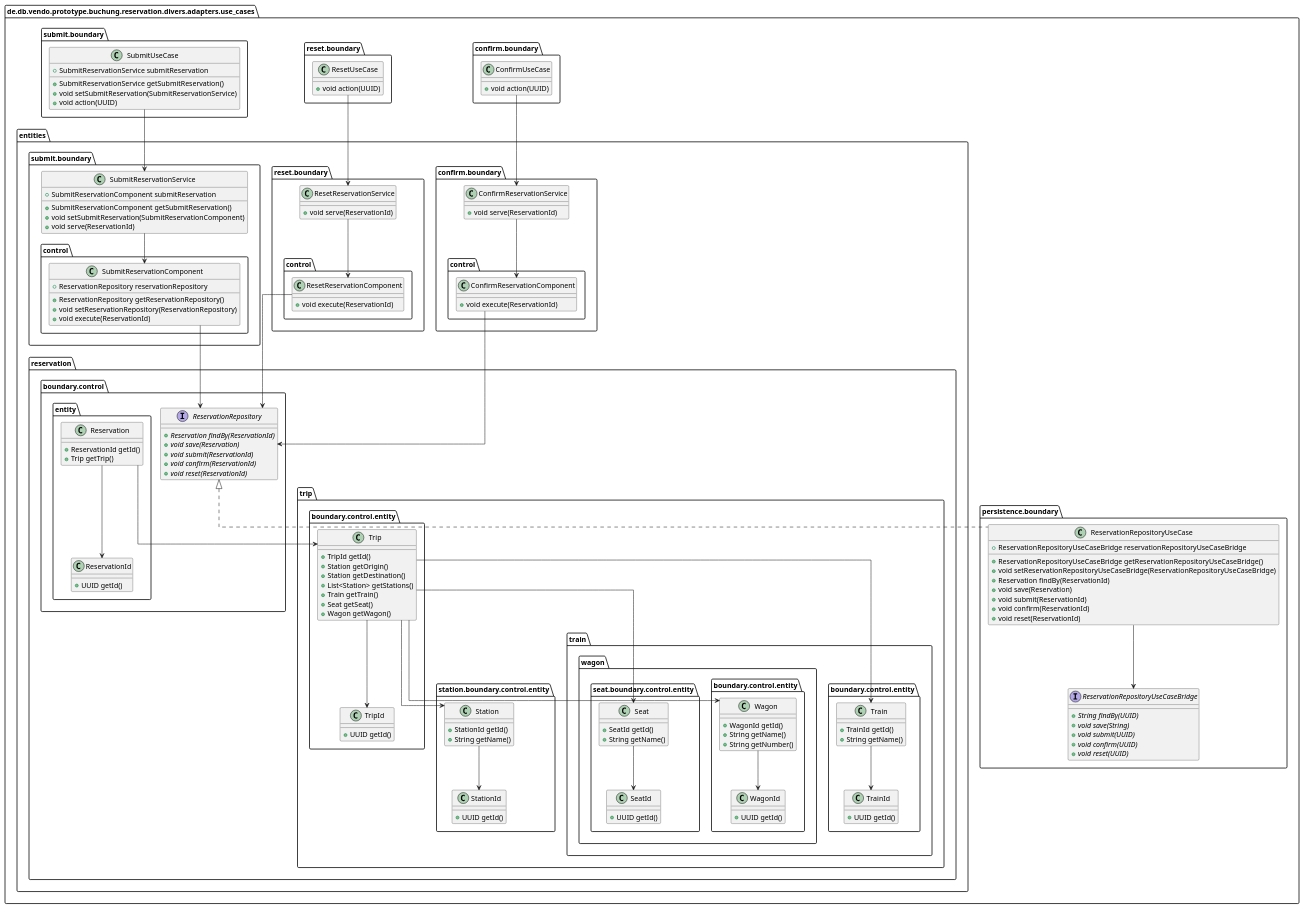
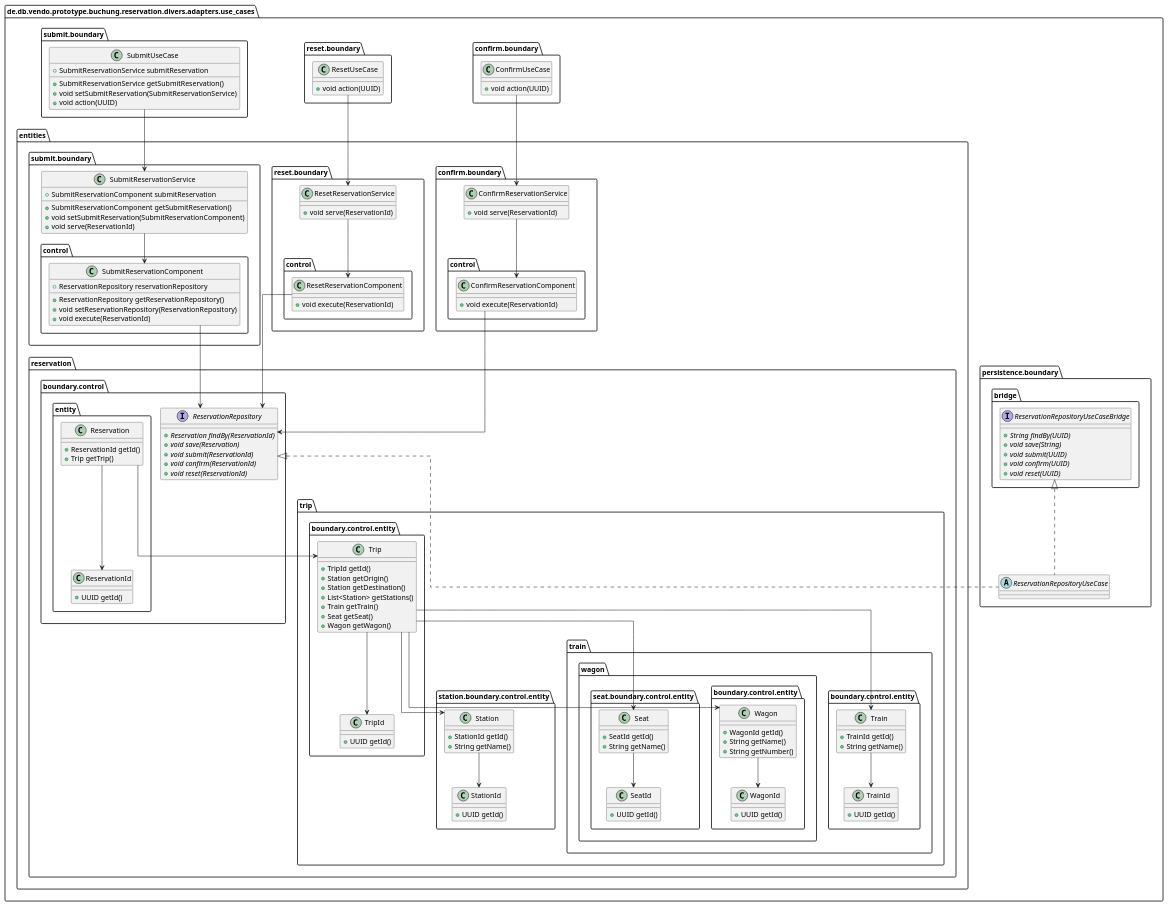
Before and after one commit to punkratz312/reservation-proto: the diagram in doc/uml/puml/use_cases.puml, drawn with PlantUML. The commit also changed 10 other files, not shown here.

```diff
--- a/doc/uml/puml/use_cases.puml
+++ b/doc/uml/puml/use_cases.puml
@@ -1,140 +1,131 @@
 @startuml
 !pragma useIntermediatePackages false
 skinparam linetype ortho
 show stereotype
 
 class "ConfirmUseCase" as de.db.vendo.prototype.buchung.reservation.divers.adapters.use_cases.confirm.boundary.ConfirmUseCase {
   +void action(UUID)
 }
 class "ConfirmReservationService" as de.db.vendo.prototype.buchung.reservation.divers.adapters.use_cases.entities.confirm.boundary.ConfirmReservationService {
   +void serve(ReservationId)
 }
 class "ConfirmReservationComponent" as de.db.vendo.prototype.buchung.reservation.divers.adapters.use_cases.entities.confirm.boundary.control.ConfirmReservationComponent {
   +void execute(ReservationId)
 }
 interface "ReservationRepository" as de.db.vendo.prototype.buchung.reservation.divers.adapters.use_cases.entities.reservation.boundary.control.ReservationRepository {
   + {abstract}Reservation findBy(ReservationId)
   + {abstract}void save(Reservation)
   + {abstract}void submit(ReservationId)
   + {abstract}void confirm(ReservationId)
   + {abstract}void reset(ReservationId)
 }
 class "Reservation" as de.db.vendo.prototype.buchung.reservation.divers.adapters.use_cases.entities.reservation.boundary.control.entity.Reservation {
   +ReservationId getId()
   +Trip getTrip()
 }
 class "ReservationId" as de.db.vendo.prototype.buchung.reservation.divers.adapters.use_cases.entities.reservation.boundary.control.entity.ReservationId {
   +UUID getId()
 }
 class "Trip" as de.db.vendo.prototype.buchung.reservation.divers.adapters.use_cases.entities.reservation.trip.boundary.control.entity.Trip {
   +TripId getId()
   +Station getOrigin()
   +Station getDestination()
   +List<Station> getStations()
   +Train getTrain()
   +Seat getSeat()
   +Wagon getWagon()
 }
 class "TripId" as de.db.vendo.prototype.buchung.reservation.divers.adapters.use_cases.entities.reservation.trip.boundary.control.entity.TripId {
   +UUID getId()
 }
 class "Station" as de.db.vendo.prototype.buchung.reservation.divers.adapters.use_cases.entities.reservation.trip.station.boundary.control.entity.Station {
   +StationId getId()
   +String getName()
 }
 class "StationId" as de.db.vendo.prototype.buchung.reservation.divers.adapters.use_cases.entities.reservation.trip.station.boundary.control.entity.StationId {
   +UUID getId()
 }
 class "Train" as de.db.vendo.prototype.buchung.reservation.divers.adapters.use_cases.entities.reservation.trip.train.boundary.control.entity.Train {
   +TrainId getId()
   +String getName()
 }
 class "TrainId" as de.db.vendo.prototype.buchung.reservation.divers.adapters.use_cases.entities.reservation.trip.train.boundary.control.entity.TrainId {
   +UUID getId()
 }
 class "Wagon" as de.db.vendo.prototype.buchung.reservation.divers.adapters.use_cases.entities.reservation.trip.train.wagon.boundary.control.entity.Wagon {
   +WagonId getId()
   +String getName()
   +String getNumber()
 }
 class "WagonId" as de.db.vendo.prototype.buchung.reservation.divers.adapters.use_cases.entities.reservation.trip.train.wagon.boundary.control.entity.WagonId {
   +UUID getId()
 }
 class "Seat" as de.db.vendo.prototype.buchung.reservation.divers.adapters.use_cases.entities.reservation.trip.train.wagon.seat.boundary.control.entity.Seat {
   +SeatId getId()
   +String getName()
 }
 class "SeatId" as de.db.vendo.prototype.buchung.reservation.divers.adapters.use_cases.entities.reservation.trip.train.wagon.seat.boundary.control.entity.SeatId {
   +UUID getId()
 }
 class "ResetReservationService" as de.db.vendo.prototype.buchung.reservation.divers.adapters.use_cases.entities.reset.boundary.ResetReservationService {
   +void serve(ReservationId)
 }
 class "ResetReservationComponent" as de.db.vendo.prototype.buchung.reservation.divers.adapters.use_cases.entities.reset.boundary.control.ResetReservationComponent {
   +void execute(ReservationId)
 }
 class "SubmitReservationService" as de.db.vendo.prototype.buchung.reservation.divers.adapters.use_cases.entities.submit.boundary.SubmitReservationService {
   +SubmitReservationComponent submitReservation
   __
   +SubmitReservationComponent getSubmitReservation()
   +void setSubmitReservation(SubmitReservationComponent)
   +void serve(ReservationId)
 }
 class "SubmitReservationComponent" as de.db.vendo.prototype.buchung.reservation.divers.adapters.use_cases.entities.submit.boundary.control.SubmitReservationComponent {
   +ReservationRepository reservationRepository
   __
   +ReservationRepository getReservationRepository()
   +void setReservationRepository(ReservationRepository)
   +void execute(ReservationId)
 }
-class "ReservationRepositoryUseCase" as de.db.vendo.prototype.buchung.reservation.divers.adapters.use_cases.persistence.boundary.ReservationRepositoryUseCase {
-  +ReservationRepositoryUseCaseBridge reservationRepositoryUseCaseBridge
-  __
-  +ReservationRepositoryUseCaseBridge getReservationRepositoryUseCaseBridge()
-  +void setReservationRepositoryUseCaseBridge(ReservationRepositoryUseCaseBridge)
-  +Reservation findBy(ReservationId)
-  +void save(Reservation)
-  +void submit(ReservationId)
-  +void confirm(ReservationId)
-  +void reset(ReservationId)
+abstract class "ReservationRepositoryUseCase" as de.db.vendo.prototype.buchung.reservation.divers.adapters.use_cases.persistence.boundary.ReservationRepositoryUseCase {
 }
-interface "ReservationRepositoryUseCaseBridge" as de.db.vendo.prototype.buchung.reservation.divers.adapters.use_cases.persistence.boundary.ReservationRepositoryUseCaseBridge {
+interface "ReservationRepositoryUseCaseBridge" as de.db.vendo.prototype.buchung.reservation.divers.adapters.use_cases.persistence.boundary.bridge.ReservationRepositoryUseCaseBridge {
   + {abstract}String findBy(UUID)
   + {abstract}void save(String)
   + {abstract}void submit(UUID)
   + {abstract}void confirm(UUID)
   + {abstract}void reset(UUID)
 }
 class "ResetUseCase" as de.db.vendo.prototype.buchung.reservation.divers.adapters.use_cases.reset.boundary.ResetUseCase {
   +void action(UUID)
 }
 class "SubmitUseCase" as de.db.vendo.prototype.buchung.reservation.divers.adapters.use_cases.submit.boundary.SubmitUseCase {
   +SubmitReservationService submitReservation
   __
   +SubmitReservationService getSubmitReservation()
   +void setSubmitReservation(SubmitReservationService)
   +void action(UUID)
 }
 de.db.vendo.prototype.buchung.reservation.divers.adapters.use_cases.confirm.boundary.ConfirmUseCase --> de.db.vendo.prototype.buchung.reservation.divers.adapters.use_cases.entities.confirm.boundary.ConfirmReservationService
 de.db.vendo.prototype.buchung.reservation.divers.adapters.use_cases.entities.confirm.boundary.ConfirmReservationService --> de.db.vendo.prototype.buchung.reservation.divers.adapters.use_cases.entities.confirm.boundary.control.ConfirmReservationComponent
 de.db.vendo.prototype.buchung.reservation.divers.adapters.use_cases.entities.confirm.boundary.control.ConfirmReservationComponent --> de.db.vendo.prototype.buchung.reservation.divers.adapters.use_cases.entities.reservation.boundary.control.ReservationRepository
 de.db.vendo.prototype.buchung.reservation.divers.adapters.use_cases.entities.reservation.boundary.control.entity.Reservation --> de.db.vendo.prototype.buchung.reservation.divers.adapters.use_cases.entities.reservation.trip.boundary.control.entity.Trip
 de.db.vendo.prototype.buchung.reservation.divers.adapters.use_cases.entities.reservation.boundary.control.entity.Reservation --> de.db.vendo.prototype.buchung.reservation.divers.adapters.use_cases.entities.reservation.boundary.control.entity.ReservationId
 de.db.vendo.prototype.buchung.reservation.divers.adapters.use_cases.entities.reservation.trip.boundary.control.entity.Trip --> de.db.vendo.prototype.buchung.reservation.divers.adapters.use_cases.entities.reservation.trip.boundary.control.entity.TripId
 de.db.vendo.prototype.buchung.reservation.divers.adapters.use_cases.entities.reservation.trip.boundary.control.entity.Trip --> de.db.vendo.prototype.buchung.reservation.divers.adapters.use_cases.entities.reservation.trip.station.boundary.control.entity.Station
 de.db.vendo.prototype.buchung.reservation.divers.adapters.use_cases.entities.reservation.trip.boundary.control.entity.Trip --> de.db.vendo.prototype.buchung.reservation.divers.adapters.use_cases.entities.reservation.trip.train.wagon.seat.boundary.control.entity.Seat
 de.db.vendo.prototype.buchung.reservation.divers.adapters.use_cases.entities.reservation.trip.boundary.control.entity.Trip --> de.db.vendo.prototype.buchung.reservation.divers.adapters.use_cases.entities.reservation.trip.train.boundary.control.entity.Train
 de.db.vendo.prototype.buchung.reservation.divers.adapters.use_cases.entities.reservation.trip.boundary.control.entity.Trip --> de.db.vendo.prototype.buchung.reservation.divers.adapters.use_cases.entities.reservation.trip.train.wagon.boundary.control.entity.Wagon
 de.db.vendo.prototype.buchung.reservation.divers.adapters.use_cases.entities.reservation.trip.station.boundary.control.entity.Station --> de.db.vendo.prototype.buchung.reservation.divers.adapters.use_cases.entities.reservation.trip.station.boundary.control.entity.StationId
 de.db.vendo.prototype.buchung.reservation.divers.adapters.use_cases.entities.reservation.trip.train.boundary.control.entity.Train --> de.db.vendo.prototype.buchung.reservation.divers.adapters.use_cases.entities.reservation.trip.train.boundary.control.entity.TrainId
 de.db.vendo.prototype.buchung.reservation.divers.adapters.use_cases.entities.reservation.trip.train.wagon.boundary.control.entity.Wagon --> de.db.vendo.prototype.buchung.reservation.divers.adapters.use_cases.entities.reservation.trip.train.wagon.boundary.control.entity.WagonId
 de.db.vendo.prototype.buchung.reservation.divers.adapters.use_cases.entities.reservation.trip.train.wagon.seat.boundary.control.entity.Seat --> de.db.vendo.prototype.buchung.reservation.divers.adapters.use_cases.entities.reservation.trip.train.wagon.seat.boundary.control.entity.SeatId
 de.db.vendo.prototype.buchung.reservation.divers.adapters.use_cases.entities.reset.boundary.ResetReservationService --> de.db.vendo.prototype.buchung.reservation.divers.adapters.use_cases.entities.reset.boundary.control.ResetReservationComponent
 de.db.vendo.prototype.buchung.reservation.divers.adapters.use_cases.entities.reset.boundary.control.ResetReservationComponent --> de.db.vendo.prototype.buchung.reservation.divers.adapters.use_cases.entities.reservation.boundary.control.ReservationRepository
 de.db.vendo.prototype.buchung.reservation.divers.adapters.use_cases.entities.submit.boundary.SubmitReservationService --> de.db.vendo.prototype.buchung.reservation.divers.adapters.use_cases.entities.submit.boundary.control.SubmitReservationComponent
 de.db.vendo.prototype.buchung.reservation.divers.adapters.use_cases.entities.submit.boundary.control.SubmitReservationComponent --> de.db.vendo.prototype.buchung.reservation.divers.adapters.use_cases.entities.reservation.boundary.control.ReservationRepository
 de.db.vendo.prototype.buchung.reservation.divers.adapters.use_cases.persistence.boundary.ReservationRepositoryUseCase .u.|> de.db.vendo.prototype.buchung.reservation.divers.adapters.use_cases.entities.reservation.boundary.control.ReservationRepository
-de.db.vendo.prototype.buchung.reservation.divers.adapters.use_cases.persistence.boundary.ReservationRepositoryUseCase --> de.db.vendo.prototype.buchung.reservation.divers.adapters.use_cases.persistence.boundary.ReservationRepositoryUseCaseBridge
+de.db.vendo.prototype.buchung.reservation.divers.adapters.use_cases.persistence.boundary.ReservationRepositoryUseCase .u.|> de.db.vendo.prototype.buchung.reservation.divers.adapters.use_cases.persistence.boundary.bridge.ReservationRepositoryUseCaseBridge
 de.db.vendo.prototype.buchung.reservation.divers.adapters.use_cases.reset.boundary.ResetUseCase --> de.db.vendo.prototype.buchung.reservation.divers.adapters.use_cases.entities.reset.boundary.ResetReservationService
 de.db.vendo.prototype.buchung.reservation.divers.adapters.use_cases.submit.boundary.SubmitUseCase --> de.db.vendo.prototype.buchung.reservation.divers.adapters.use_cases.entities.submit.boundary.SubmitReservationService
 @enduml
```
